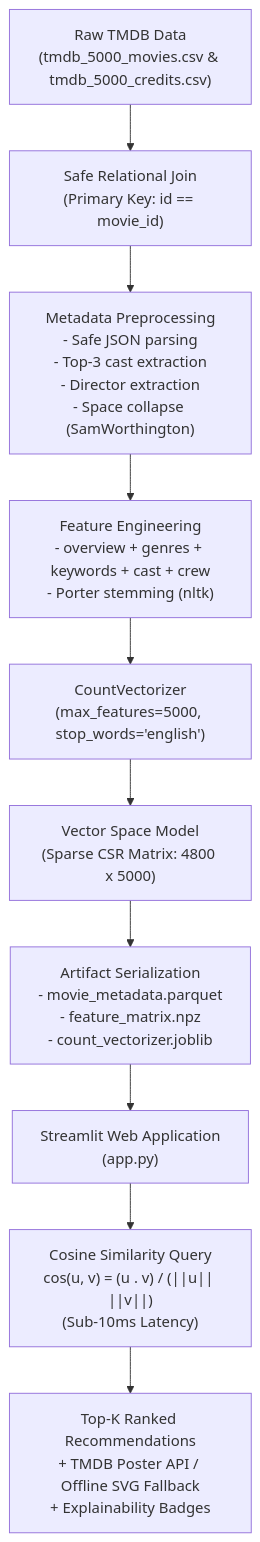
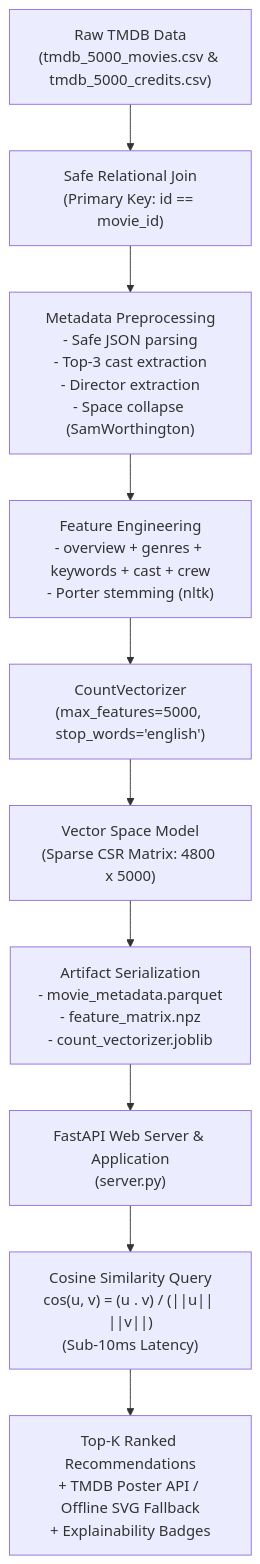
One commit to Rohitk69992/Movies-recommendation-System changed the diagram in README.md. Above: the diagram before and after it, drawn with Mermaid. The commit also changed other lines of this file and 11 other files, not shown here.

Commit message:
chore: remove legacy streamlit app.py, update requirements and documentation

````diff
--- a/README.md
+++ b/README.md
@@ -16,12 +16,12 @@
 ```mermaid
 flowchart TD
     A["Raw TMDB Data<br/>(tmdb_5000_movies.csv & tmdb_5000_credits.csv)"] --> B["Safe Relational Join<br/>(Primary Key: id == movie_id)"]
     B --> C["Metadata Preprocessing<br/>- Safe JSON parsing<br/>- Top-3 cast extraction<br/>- Director extraction<br/>- Space collapse (SamWorthington)"]
     C --> D["Feature Engineering<br/>- overview + genres + keywords + cast + crew<br/>- Porter stemming (nltk)"]
     D --> E["CountVectorizer<br/>(max_features=5000, stop_words='english')"]
     E --> F["Vector Space Model<br/>(Sparse CSR Matrix: 4800 x 5000)"]
     F --> G["Artifact Serialization<br/>- movie_metadata.parquet<br/>- feature_matrix.npz<br/>- count_vectorizer.joblib"]
-    G --> H["Streamlit Web Application<br/>(app.py)"]
+    G --> H["FastAPI Web Server & Application<br/>(server.py)"]
     H --> I["Cosine Similarity Query<br/>cos(u, v) = (u . v) / (||u|| ||v||)<br/>(Sub-10ms Latency)"]
     I --> J["Top-K Ranked Recommendations<br/>+ TMDB Poster API / Offline SVG Fallback<br/>+ Explainability Badges"]
 ```
````
